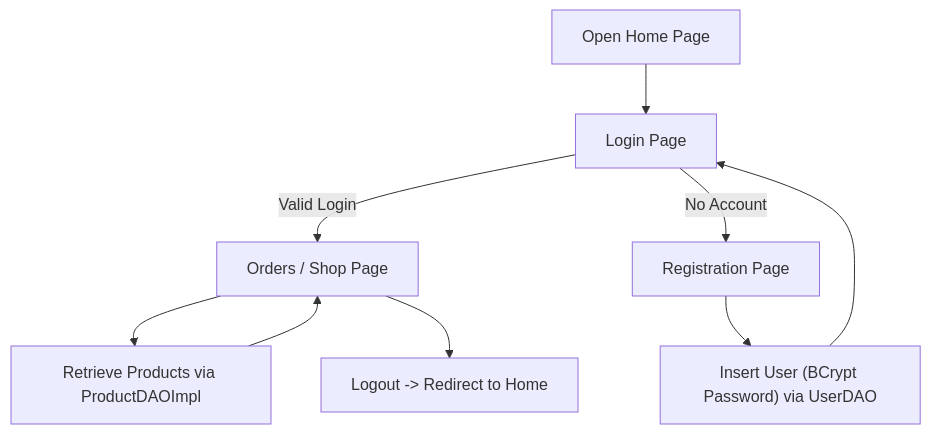
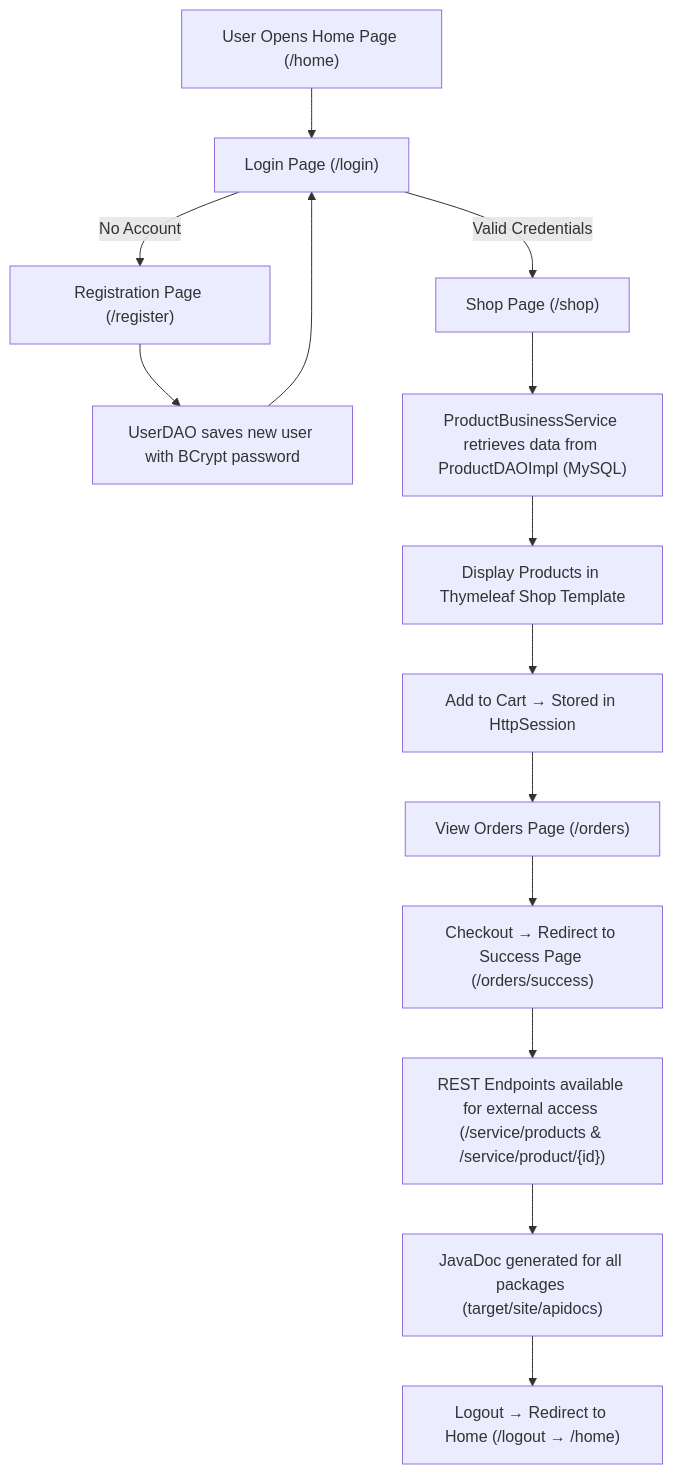
Before and after one commit to BizzyProgramming/cst339: the diagram in milestones/milestone8/README.md, drawn with Mermaid. The commit also changed other lines of this file, not shown here.

````diff
--- a/milestones/milestone8/README.md
+++ b/milestones/milestone8/README.md
@@ -154,11 +180,16 @@
 ```mermaid
 flowchart TD
-      A["Open Home Page"] --> B["Login Page"]
-    B -->|Valid Login| C["Orders / Shop Page"]
-    B -->|No Account| D["Registration Page"]
-    D --> E["Insert User (BCrypt Password) via UserDAO"]
+    A["User Opens Home Page (/home)"] --> B["Login Page (/login)"]
+    B -->|Valid Credentials| C["Shop Page (/shop)"]
+    B -->|No Account| D["Registration Page (/register)"]
+    D --> E["UserDAO saves new user with BCrypt password"]
     E --> B
-    C --> F["Retrieve Products via ProductDAOImpl"]
-    F --> C
-    C --> G["Logout -> Redirect to Home"]
+    C --> F["ProductBusinessService retrieves data from ProductDAOImpl (MySQL)"]
+    F --> G["Display Products in Thymeleaf Shop Template"]
+    G --> H["Add to Cart → Stored in HttpSession"]
+    H --> I["View Orders Page (/orders)"]
+    I --> J["Checkout → Redirect to Success Page (/orders/success)"]
+    J --> K["REST Endpoints available for external access (/service/products & /service/product/{id})"]
+    K --> L["JavaDoc generated for all packages (target/site/apidocs)"]
+    L --> M["Logout → Redirect to Home (/logout → /home)"]
 ```
````
